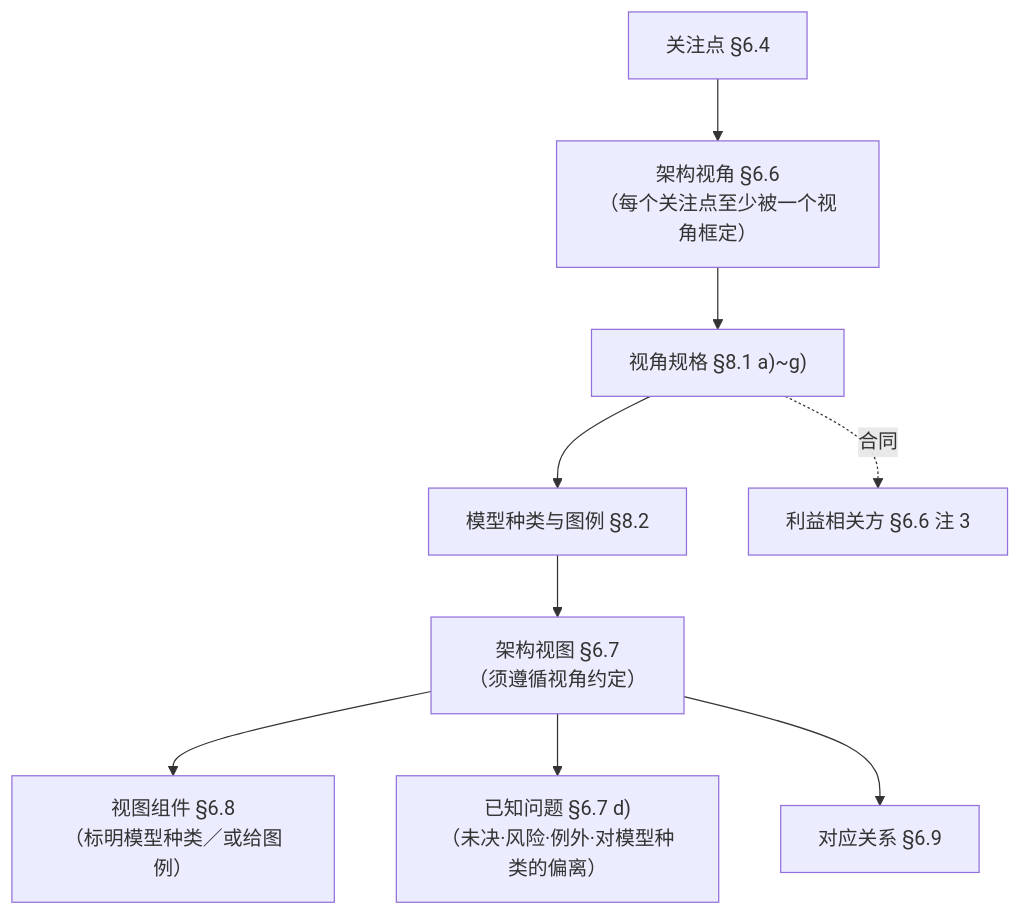
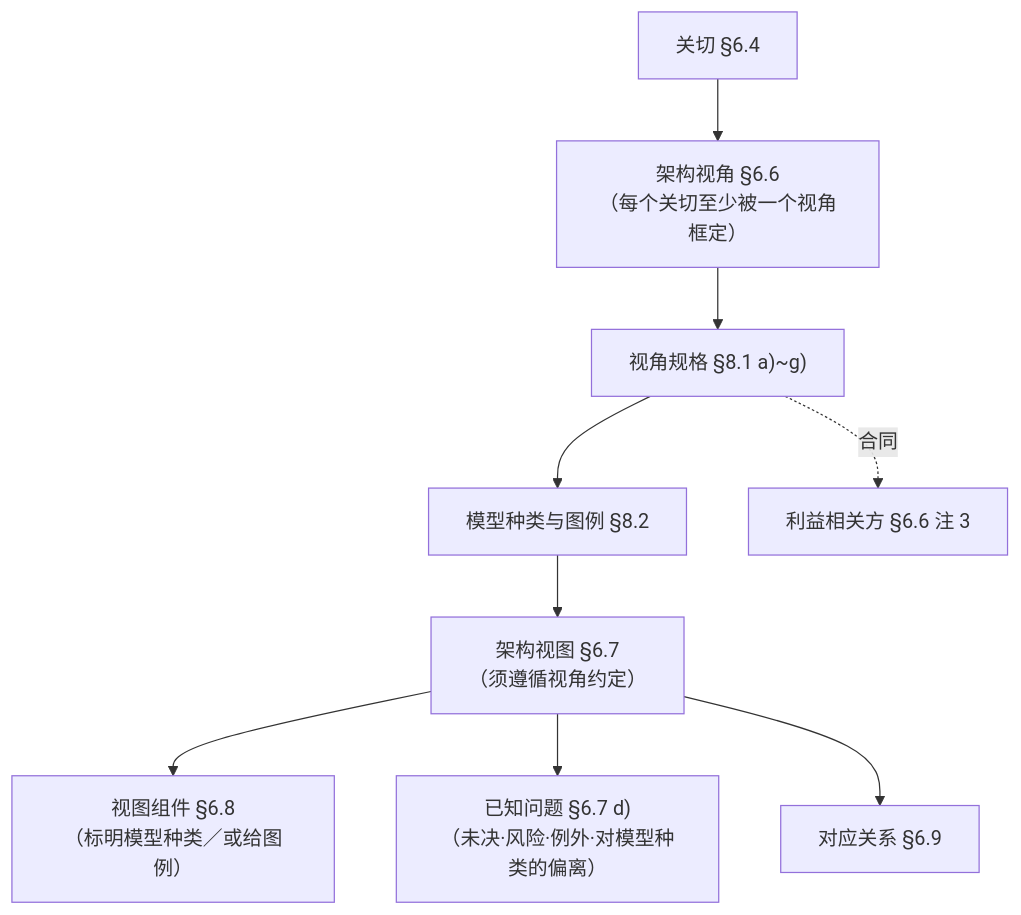
One commit to Yongjunzhou/business-Engineering changed the fifth of 10 diagrams in 10-系统工程研究/00-系统工程相关研究报告/37-架构视图口径研究报告-从三词定位到七类视图与三张清单并附HUD·EOS·冷链·合同审批四套示例.md. Above: the diagram before and after it, drawn with Mermaid. The commit also changed other lines of this file and 33 other files, not shown here.

````diff
--- a/10-系统工程研究/00-系统工程相关研究报告/37-架构视图口径研究报告-从三词定位到七类视图与三张清单并附HUD·EOS·冷链·合同审批四套示例.md
+++ b/10-系统工程研究/00-系统工程相关研究报告/37-架构视图口径研究报告-从三词定位到七类视图与三张清单并附HUD·EOS·冷链·合同审批四套示例.md
@@ -691,11 +691,11 @@
 ```mermaid
 flowchart TD
-  C["关注点 §6.4"] --> VP["架构视角 §6.6<br/>（每个关注点至少被一个视角框定）"]
+  C["关切 §6.4"] --> VP["架构视角 §6.6<br/>（每个关切至少被一个视角框定）"]
   VP --> SPEC["视角规格 §8.1 a)~g)"]
   SPEC --> MK["模型种类与图例 §8.2"]
   MK --> VW["架构视图 §6.7<br/>（须遵循视角约定）"]
   VW --> CP["视图组件 §6.8<br/>（标明模型种类／或给图例）"]
   VW --> IS["已知问题 §6.7 d)<br/>（未决·风险·例外·对模型种类的偏离）"]
   VW --> CO["对应关系 §6.9"]
   SPEC -.->|合同| STK["利益相关方 §6.6 注 3"]
 ```
````
